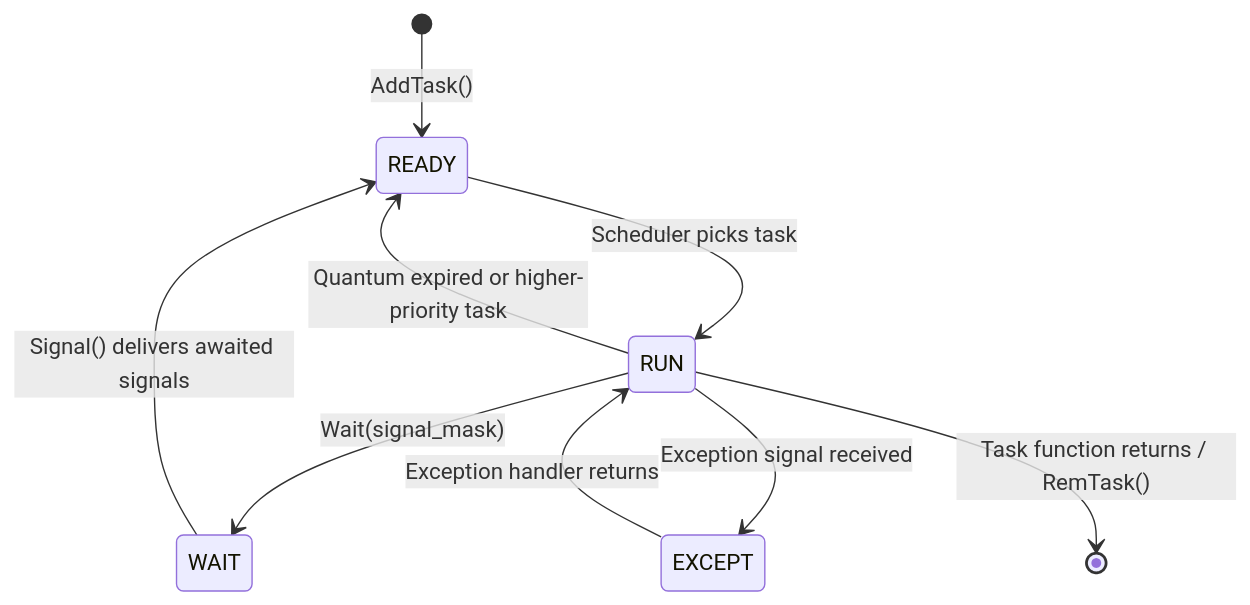
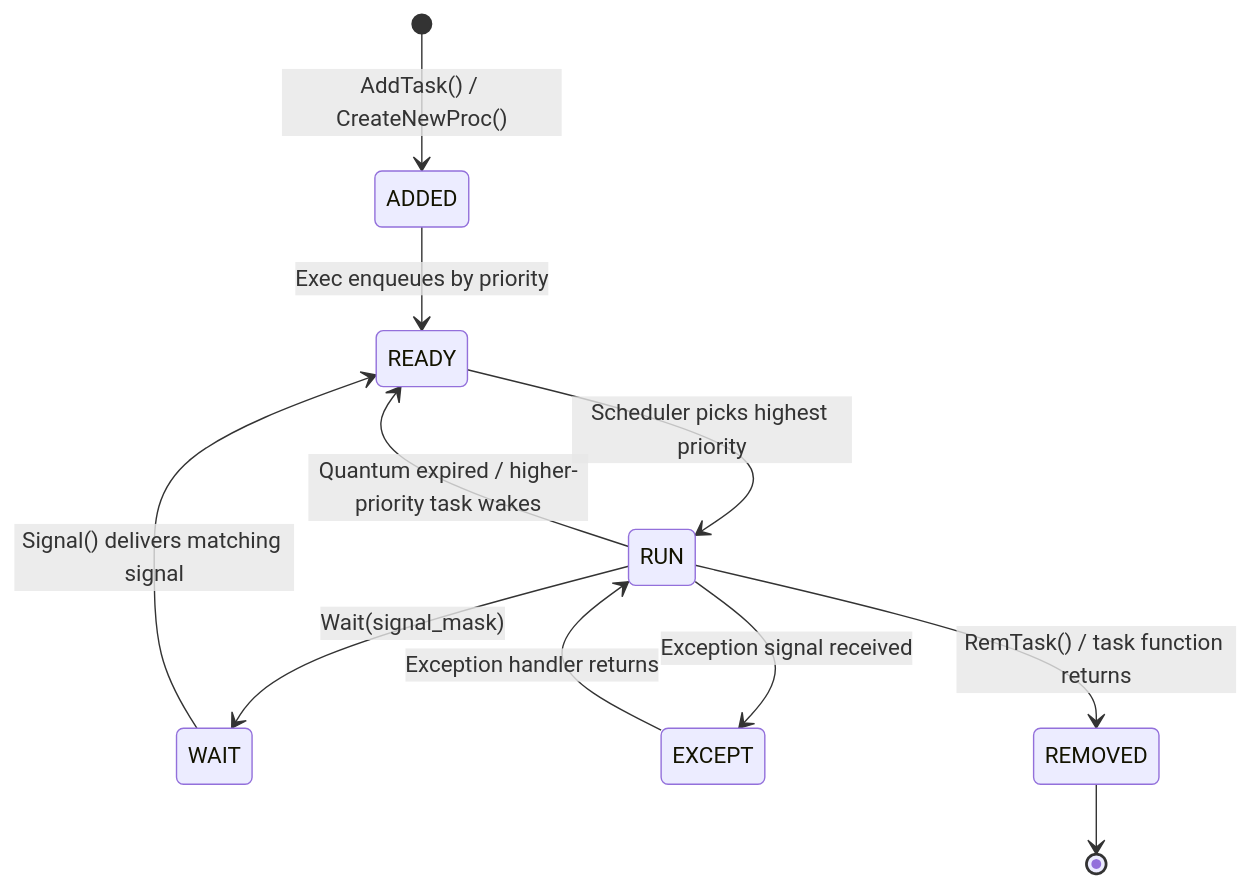
The second of 2 diagrams in 06_exec_os/tasks_processes.md (alfishe/amiga-bootcamp), drawn with Mermaid before and after one commit. The commit also changed other lines of this file and 15 other files, not shown here.

````diff
--- a/06_exec_os/tasks_processes.md
+++ b/06_exec_os/tasks_processes.md
@@ -124,11 +161,13 @@
 ```mermaid
 stateDiagram-v2
-    [*] --> READY : AddTask()
-    READY --> RUN : Scheduler picks task
-    RUN --> READY : Quantum expired or higher-priority task
+    [*] --> ADDED : AddTask() / CreateNewProc()
+    ADDED --> READY : Exec enqueues by priority
+    READY --> RUN : Scheduler picks highest priority
+    RUN --> READY : Quantum expired / higher-priority task wakes
     RUN --> WAIT : Wait(signal_mask)
-    WAIT --> READY : Signal() delivers awaited signals
+    WAIT --> READY : Signal() delivers matching signal
     RUN --> EXCEPT : Exception signal received
     EXCEPT --> RUN : Exception handler returns
-    RUN --> [*] : Task function returns / RemTask()
+    RUN --> REMOVED : RemTask() / task function returns
+    REMOVED --> [*]
 ```
````
